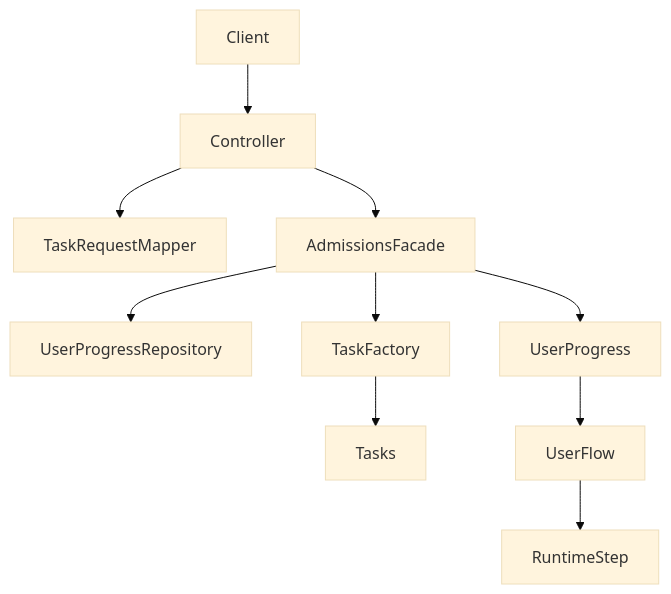
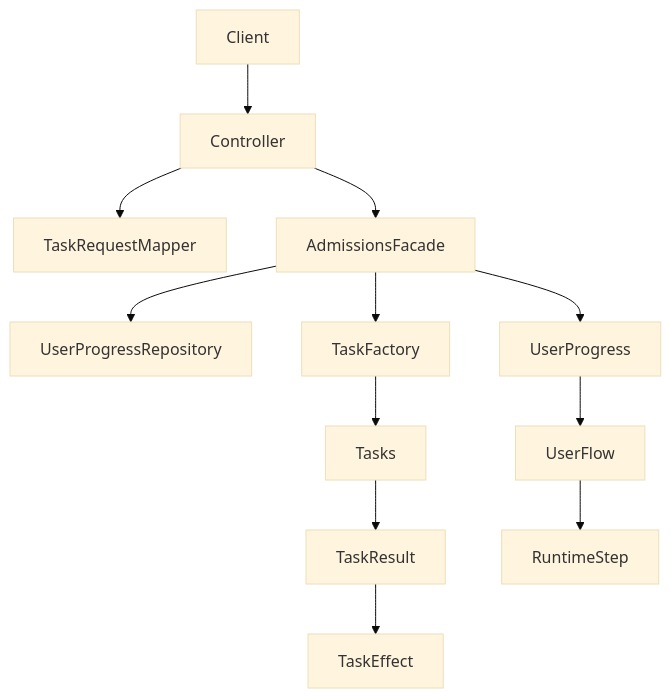
One commit to OhadDaniel/admissions-flow-service changed the diagram in docs/design.md. Above: the diagram before and after it, drawn with Mermaid (base theme). The commit also changed other lines of this file and 23 other files, not shown here.

Commit message:
Improve flow extensibility with task results and effects

````diff
--- a/docs/design.md
+++ b/docs/design.md
@@ -56,12 +56,14 @@
 ```mermaid
 graph TD
     Client --> Controller
     Controller --> TaskRequestMapper
     Controller --> AdmissionsFacade
     AdmissionsFacade --> UserProgressRepository
     AdmissionsFacade --> TaskFactory
     TaskFactory --> Tasks
+    Tasks --> TaskResult
+    TaskResult --> TaskEffect
     AdmissionsFacade --> UserProgress
     UserProgress --> UserFlow
     UserFlow --> RuntimeStep
 ```
````
